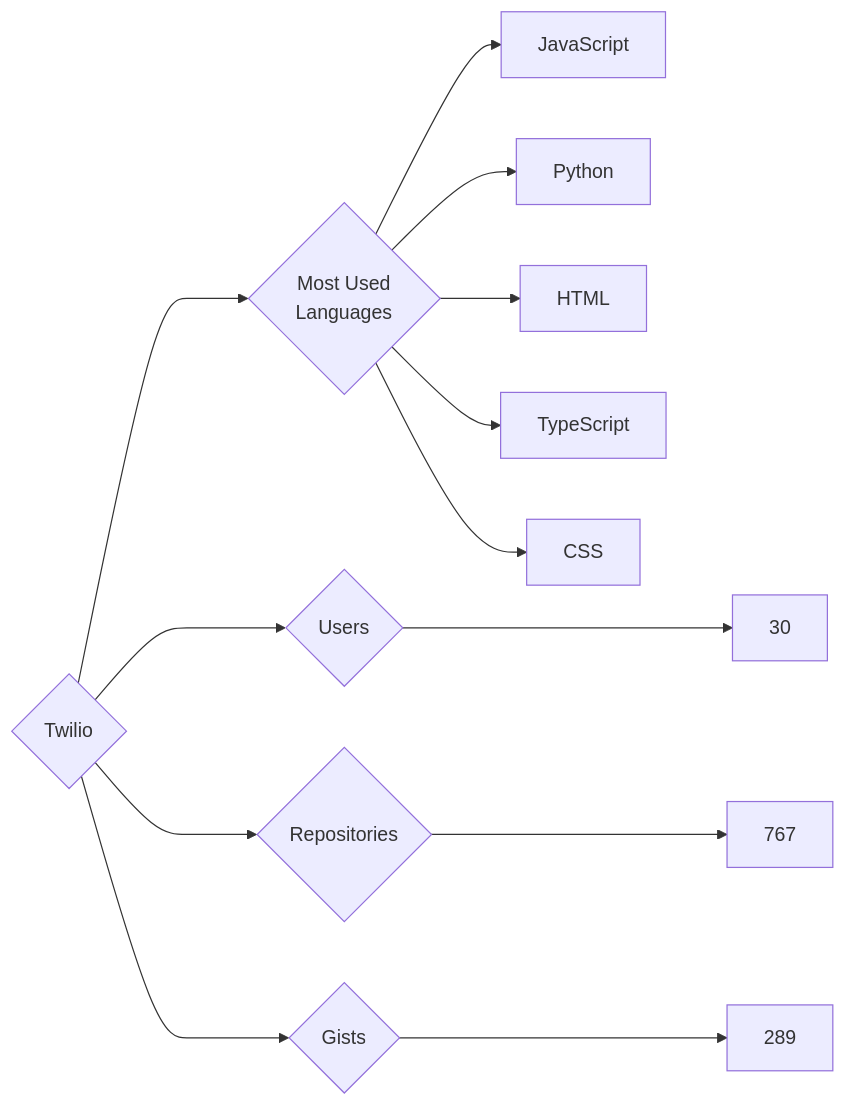
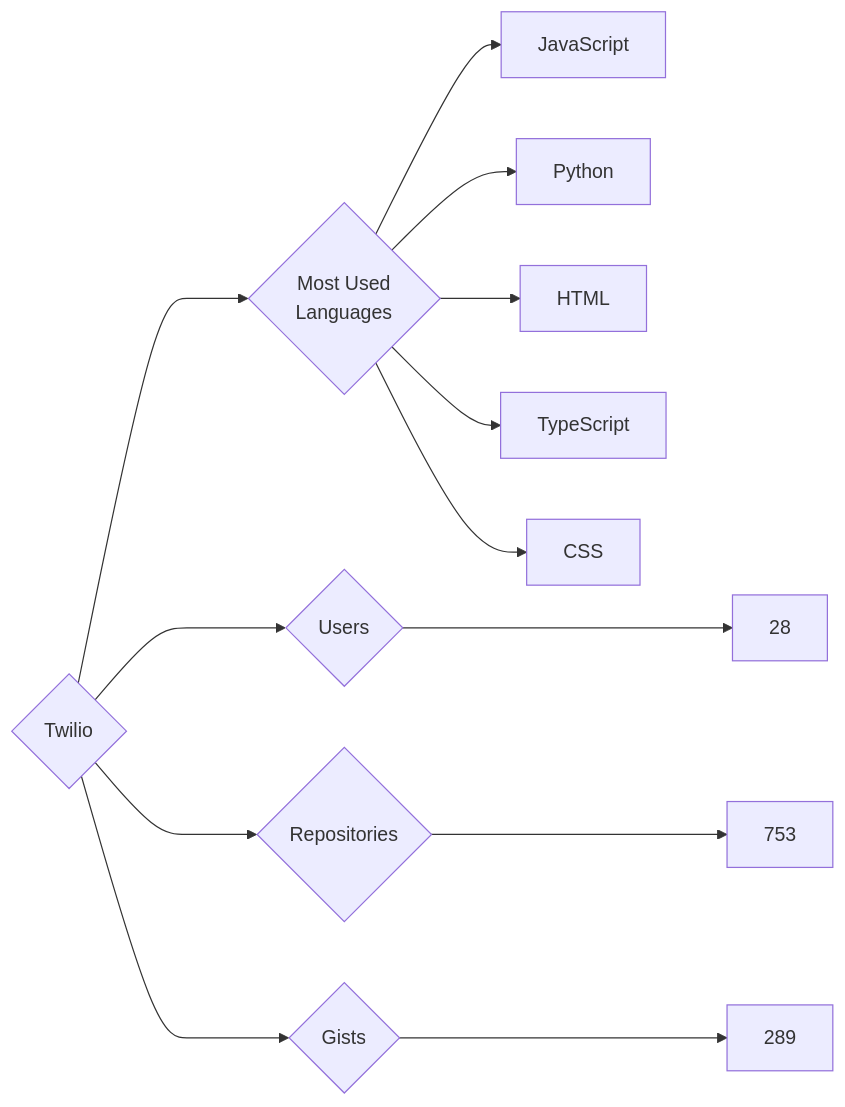
The diagram in targets/Twilio/README.md (trickest/insiders), drawn with Mermaid before and after one commit. The commit also changed 1248 other files, not shown here.

````diff
--- a/targets/Twilio/README.md
+++ b/targets/Twilio/README.md
@@ -3,13 +3,13 @@
 ```mermaid
 graph LR
 COMPANY_NAME{Twilio}
-COMPANY_NAME ---> U{Users} ---> UN[30]
-COMPANY_NAME ---> R{Repositories} ---> RN[767]
+COMPANY_NAME ---> U{Users} ---> UN[28]
+COMPANY_NAME ---> R{Repositories} ---> RN[753]
 COMPANY_NAME ---> G{Gists} ---> GN[289]
 COMPANY_NAME ---> ML{Most Used<br>Languages}
 ML --> JavaScript[JavaScript]
 ML --> Python[Python]
 ML --> HTML[HTML]
 ML --> TypeScript[TypeScript]
 ML --> CSS[CSS]
 ```
````
